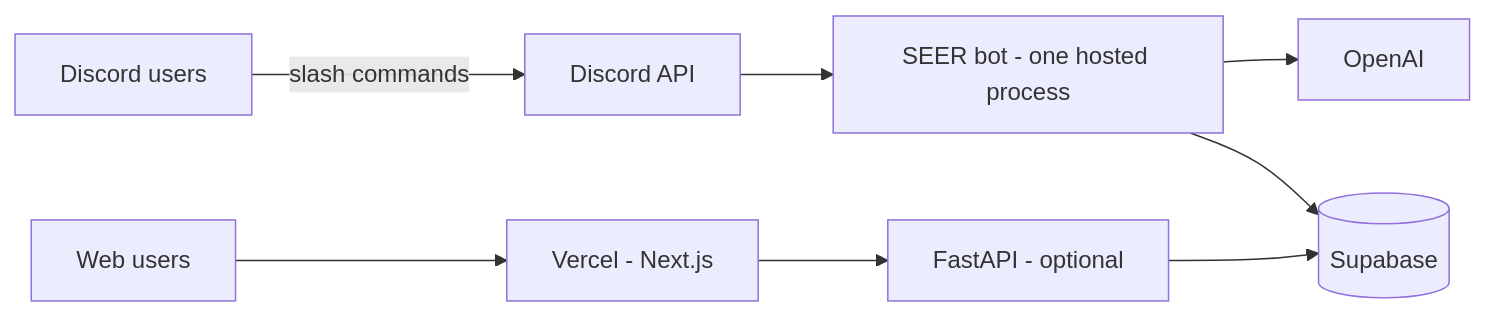
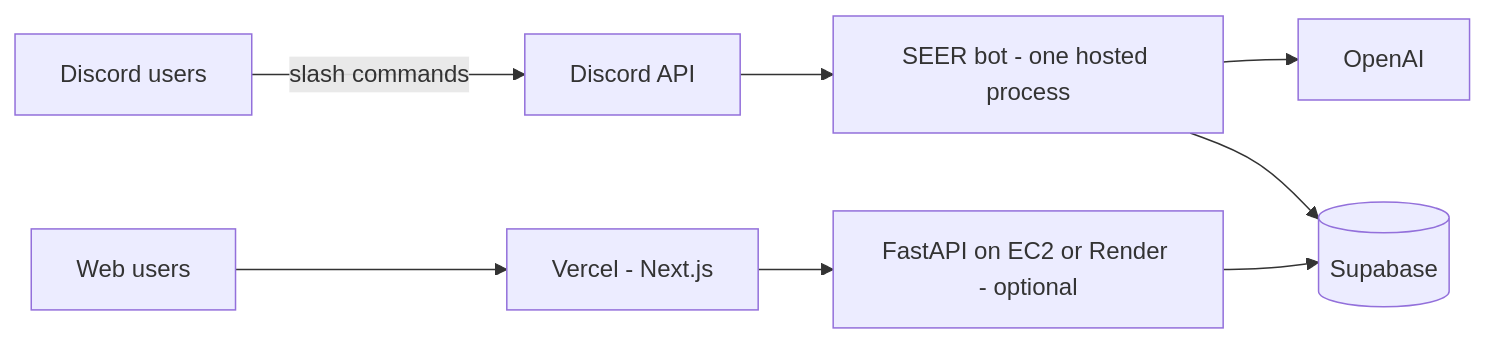
One commit to 360vforceai/events_chatbot changed the diagram in README.md. Above: the diagram before and after it, drawn with Mermaid. The commit also changed other lines of this file and 9 other files, not shown here.

````diff
--- a/README.md
+++ b/README.md
@@ -17,10 +17,10 @@
 ```mermaid
 flowchart LR
   Users[Discord users] -->|slash commands| Discord[Discord API]
   Discord --> Bot[SEER bot - one hosted process]
   Bot --> OpenAI[OpenAI]
   Bot --> Supabase[(Supabase)]
   WebUsers[Web users] --> Web[Vercel - Next.js]
-  Web --> API[FastAPI - optional]
+  Web --> API[FastAPI on EC2 or Render - optional]
   API --> Supabase
 ```
````
